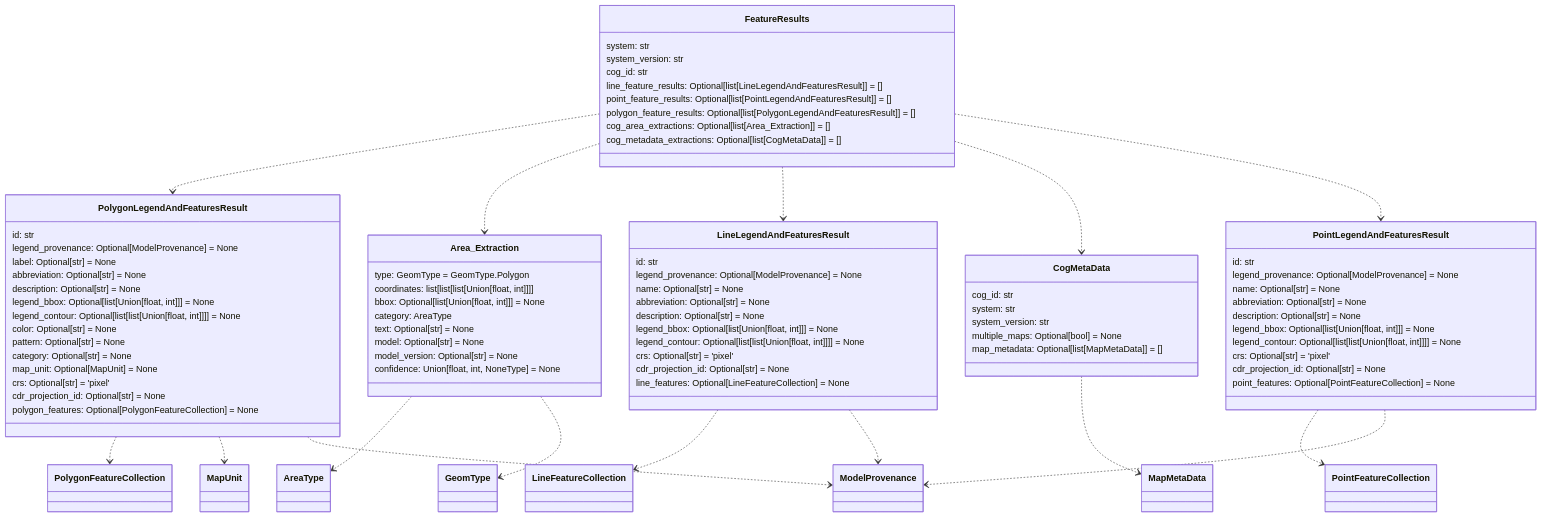
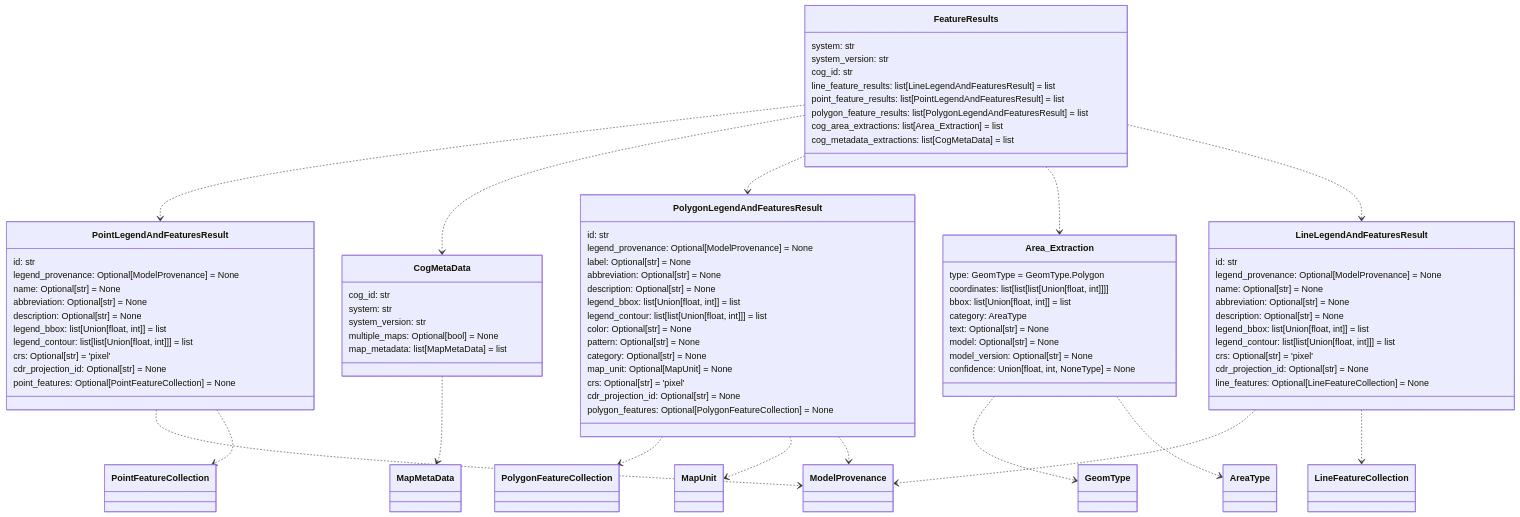
Before and after one commit to DARPA-CRITICALMAAS/cdr_schemas: the fourth of 12 diagrams in README.md, drawn with Mermaid. The commit also changed other lines of this file and 7 other files, not shown here.

````diff
--- a/README.md
+++ b/README.md
@@ -251,5 +251,37 @@
 ```mermaid
 classDiagram
+
+    class PointLegendAndFeaturesResult {
+        id: str
+        legend_provenance: Optional[ModelProvenance] = None
+        name: Optional[str] = None
+        abbreviation: Optional[str] = None
+        description: Optional[str] = None
+        legend_bbox: list[Union[float, int]] = list
+        legend_contour: list[list[Union[float, int]]] = list
+        crs: Optional[str] = 'pixel'
+        cdr_projection_id: Optional[str] = None
+        point_features: Optional[PointFeatureCollection] = None
+    }
+
+    class CogMetaData {
+        cog_id: str
+        system: str
+        system_version: str
+        multiple_maps: Optional[bool] = None
+        map_metadata: list[MapMetaData] = list
+    }
+
+    class FeatureResults {
+        system: str
+        system_version: str
+        cog_id: str
+        line_feature_results: list[LineLegendAndFeaturesResult] = list
+        point_feature_results: list[PointLegendAndFeaturesResult] = list
+        polygon_feature_results: list[PolygonLegendAndFeaturesResult] = list
+        cog_area_extractions: list[Area_Extraction] = list
+        cog_metadata_extractions: list[CogMetaData] = list
+    }
 
     class PolygonLegendAndFeaturesResult {
         id: str
@@ -257,8 +289,8 @@
         label: Optional[str] = None
         abbreviation: Optional[str] = None
         description: Optional[str] = None
-        legend_bbox: Optional[list[Union[float, int]]] = None
-        legend_contour: Optional[list[list[Union[float, int]]]] = None
+        legend_bbox: list[Union[float, int]] = list
+        legend_contour: list[list[Union[float, int]]] = list
         color: Optional[str] = None
         pattern: Optional[str] = None
         category: Optional[str] = None
@@ -271,7 +303,7 @@
     class Area_Extraction {
         type: GeomType = GeomType.Polygon
         coordinates: list[list[list[Union[float, int]]]]
-        bbox: Optional[list[Union[float, int]]] = None
+        bbox: list[Union[float, int]] = list
         category: AreaType
         text: Optional[str] = None
         model: Optional[str] = None
@@ -285,60 +317,28 @@
         name: Optional[str] = None
         abbreviation: Optional[str] = None
         description: Optional[str] = None
-        legend_bbox: Optional[list[Union[float, int]]] = None
-        legend_contour: Optional[list[list[Union[float, int]]]] = None
+        legend_bbox: list[Union[float, int]] = list
+        legend_contour: list[list[Union[float, int]]] = list
         crs: Optional[str] = 'pixel'
         cdr_projection_id: Optional[str] = None
         line_features: Optional[LineFeatureCollection] = None
     }
 
-    class FeatureResults {
-        system: str
-        system_version: str
-        cog_id: str
-        line_feature_results: Optional[list[LineLegendAndFeaturesResult]] = []
-        point_feature_results: Optional[list[PointLegendAndFeaturesResult]] = []
-        polygon_feature_results: Optional[list[PolygonLegendAndFeaturesResult]] = []
-        cog_area_extractions: Optional[list[Area_Extraction]] = []
-        cog_metadata_extractions: Optional[list[CogMetaData]] = []
-    }
-
-    class CogMetaData {
-        cog_id: str
-        system: str
-        system_version: str
-        multiple_maps: Optional[bool] = None
-        map_metadata: Optional[list[MapMetaData]] = []
-    }
-
-    class PointLegendAndFeaturesResult {
-        id: str
-        legend_provenance: Optional[ModelProvenance] = None
-        name: Optional[str] = None
-        abbreviation: Optional[str] = None
-        description: Optional[str] = None
-        legend_bbox: Optional[list[Union[float, int]]] = None
-        legend_contour: Optional[list[list[Union[float, int]]]] = None
-        crs: Optional[str] = 'pixel'
-        cdr_projection_id: Optional[str] = None
-        point_features: Optional[PointFeatureCollection] = None
-    }
-
+    Area_Extraction ..> GeomType
     Area_Extraction ..> AreaType
-    Area_Extraction ..> GeomType
+    LineLegendAndFeaturesResult ..> ModelProvenance
     LineLegendAndFeaturesResult ..> LineFeatureCollection
-    LineLegendAndFeaturesResult ..> ModelProvenance
+    PointLegendAndFeaturesResult ..> ModelProvenance
     PointLegendAndFeaturesResult ..> PointFeatureCollection
-    PointLegendAndFeaturesResult ..> ModelProvenance
     PolygonLegendAndFeaturesResult ..> PolygonFeatureCollection
     PolygonLegendAndFeaturesResult ..> MapUnit
     PolygonLegendAndFeaturesResult ..> ModelProvenance
     CogMetaData ..> MapMetaData
+    FeatureResults ..> PointLegendAndFeaturesResult
+    FeatureResults ..> CogMetaData
     FeatureResults ..> PolygonLegendAndFeaturesResult
     FeatureResults ..> Area_Extraction
     FeatureResults ..> LineLegendAndFeaturesResult
-    FeatureResults ..> CogMetaData
-    FeatureResults ..> PointLegendAndFeaturesResult
 
 
 ```
````
